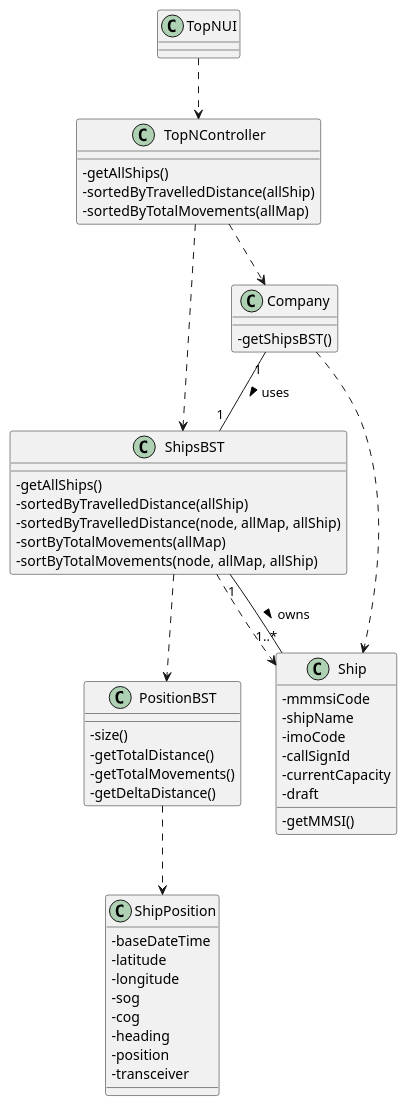
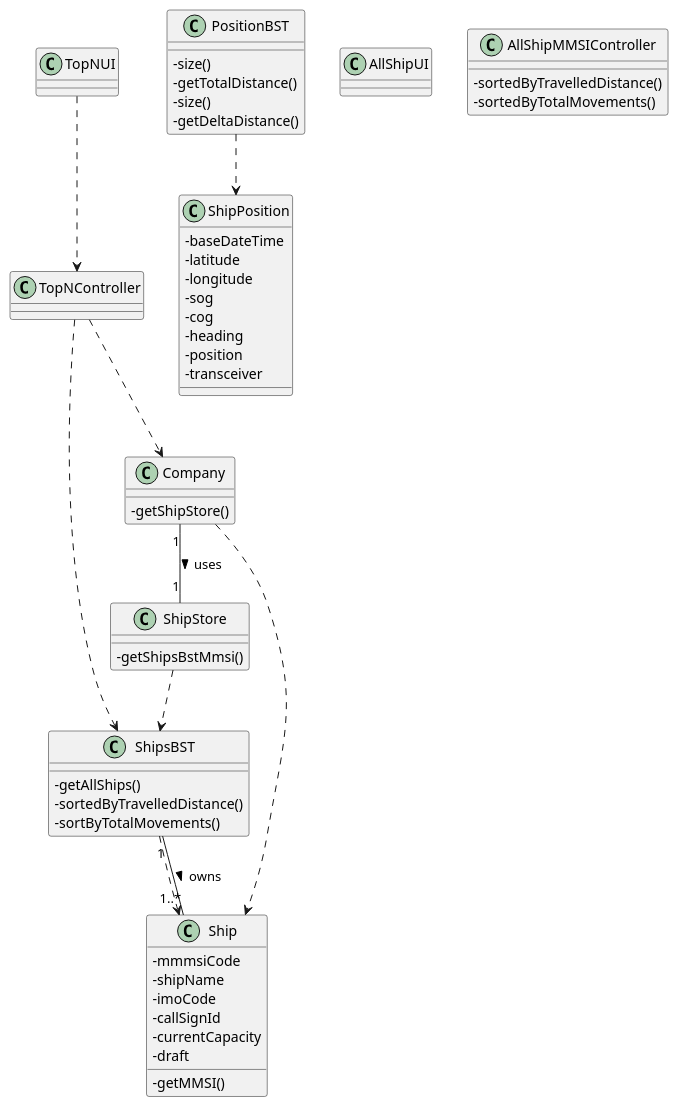
Before and after one commit to ana-albergaria/LAPR3-ISEP: the diagram in docs/US105/US105_CD.puml, drawn with PlantUML. The commit also changed 9 other files, not shown here.

```diff
--- a/docs/US105/US105_CD.puml
+++ b/docs/US105/US105_CD.puml
@@ -1,67 +1,68 @@
 @startuml
 
 skinparam classAttributeIconSize 0
 
 
 class Ship {
     -mmmsiCode
     -shipName
     -imoCode
     -callSignId
     -currentCapacity /'added by us'/
     -draft
 
     -getMMSI()
 }
 
 class ShipPosition {
     -baseDateTime
     -latitude
     -longitude
     -sog
     -cog
     -heading
     -position
     -transceiver
 }
 
+class ShipStore {
+    -getShipsBstMmsi()
+}
 
-class TopNUI {}
 
-class TopNController {
-    -getAllShips()
-    -sortedByTravelledDistance(allShip)
-    -sortedByTotalMovements(allMap)
+class AllShipUI {}
+
+class AllShipMMSIController {
+    -sortedByTravelledDistance()
+    -sortedByTotalMovements()
 }
 
 class ShipsBST{
     -getAllShips()
-    -sortedByTravelledDistance(allShip)
-    -sortedByTravelledDistance(node, allMap, allShip)
-    -sortByTotalMovements(allMap)
-    -sortByTotalMovements(node, allMap, allShip)
+    -sortedByTravelledDistance()
+    -sortByTotalMovements()
 }
 
 class PositionBST{
     -size()
     -getTotalDistance()
-    -getTotalMovements()
+    -size()
     -getDeltaDistance()
 }
 class Company {
-    -getShipsBST()
+    -getShipStore()
 }
 
 
-Company "1" -- "1" ShipsBST : uses >
-ShipsBST ..> PositionBST
+Company "1" -- "1" ShipStore : uses >
+ShipStore ..> ShipsBST
 ShipsBST "1" -- "1..*" Ship : owns >
 TopNUI ..> TopNController
 TopNController ..> ShipsBST
 TopNController ..> Company
 ShipsBST ..> Ship
 PositionBST ..> ShipPosition
 Company ..> Ship
 
 
 @enduml
```
